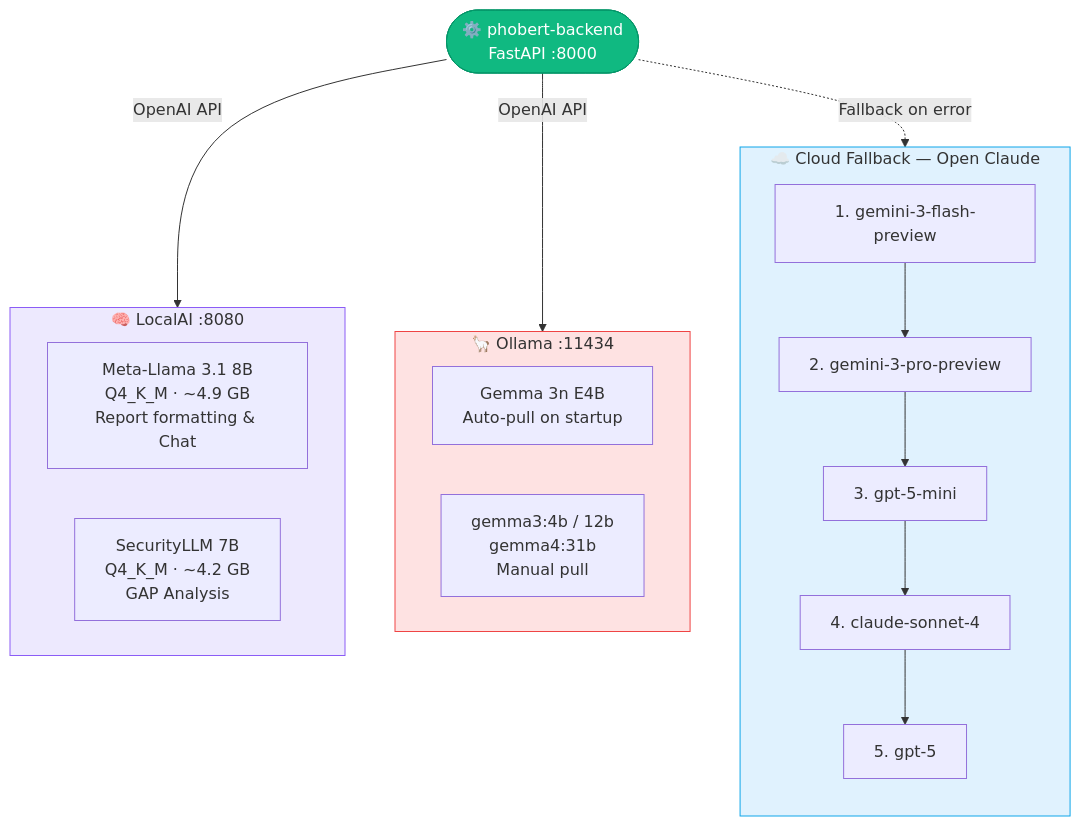
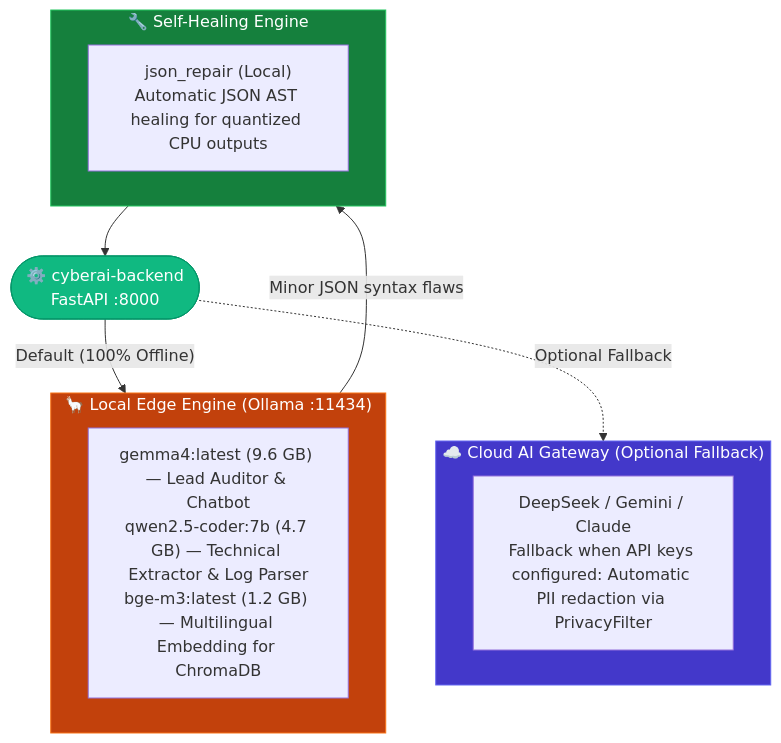
Before and after one commit to NghiaDinh03/CyberAI-Assessment-project: the second of 4 diagrams in docs/en/architecture.md, drawn with Mermaid. The commit also changed other lines of this file and 94 other files, not shown here.

Commit message:
feat(pipeline): standardize unified assessment schema, runtime audit telemetry, masked evidence manifests, and artifact consistency validation

````diff
--- a/docs/en/architecture.md
+++ b/docs/en/architecture.md
@@ -78,31 +86,26 @@
 ```mermaid
 flowchart TB
-    BE(["⚙️ phobert-backend\nFastAPI :8000"])
+    BE(["⚙️ cyberai-backend\nFastAPI :8000"])
 
-    subgraph LOCAL_AI["🧠 LocalAI :8080"]
-        L1["Meta-Llama 3.1 8B\nQ4_K_M · ~4.9 GB\nReport formatting & Chat"]
-        L2["SecurityLLM 7B\nQ4_K_M · ~4.2 GB\nGAP Analysis"]
+    subgraph LOCAL["🦙 Local Edge Engine (Ollama :11434)"]
+        O1["gemma4:latest (9.6 GB) — Lead Auditor & Chatbot\nqwen2.5-coder:7b (4.7 GB) — Technical Extractor & Log Parser\nbge-m3:latest (1.2 GB) — Multilingual Embedding for ChromaDB"]
     end
 
-    subgraph OLLAMA["🦙 Ollama :11434"]
-        O1["Gemma 3n E4B\nAuto-pull on startup"]
-        O2["gemma3:4b / 12b\ngemma4:31b\nManual pull"]
+    subgraph REPAIR["🔧 Self-Healing Engine"]
+        R1["json_repair (Local)\nAutomatic JSON AST healing for quantized CPU outputs"]
     end
 
-    subgraph CLOUD["☁️ Cloud Fallback — Open Claude"]
-        direction TB
-        C1["1. gemini-3-flash-preview"] --> C2["2. gemini-3-pro-preview"]
-        C2 --> C3["3. gpt-5-mini"]
-        C3 --> C4["4. claude-sonnet-4"]
-        C4 --> C5["5. gpt-5"]
+    subgraph CLOUD["☁️ Cloud AI Gateway (Optional Fallback)"]
+        C1["DeepSeek / Gemini / Claude\nFallback when API keys configured: Automatic PII redaction via PrivacyFilter"]
     end
 
-    BE -- "OpenAI API" --> LOCAL_AI
-    BE -- "OpenAI API" --> OLLAMA
-    BE -. "Fallback on error" .-> CLOUD
+    BE -- "Default (100% Offline)" --> LOCAL
+    LOCAL -->|"Minor JSON syntax flaws"| REPAIR
+    REPAIR --> BE
+    BE -. "Optional Fallback" .-> CLOUD
 
     style BE fill:#10b981,stroke:#059669,color:#fff
-    style LOCAL_AI fill:#ede9fe,stroke:#8b5cf6
-    style OLLAMA fill:#fee2e2,stroke:#ef4444
-    style CLOUD fill:#e0f2fe,stroke:#0ea5e9
+    style LOCAL fill:#c2410c,stroke:#f97316,color:#fff
+    style REPAIR fill:#15803d,stroke:#22c55e,color:#fff
+    style CLOUD fill:#4338ca,stroke:#6366f1,color:#fff
 ```
````
